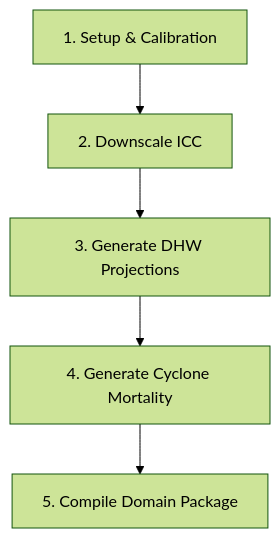
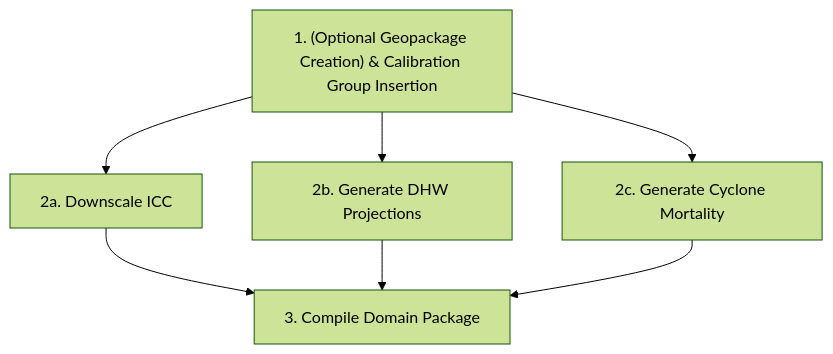
One commit to open-AIMS/rrap-dg changed the diagram in docs/domain-workflow.md. Above: the diagram before and after it, drawn with Mermaid (forest theme). The commit also changed other lines of this file and 6 other files, not shown here.

````diff
--- a/docs/domain-workflow.md
+++ b/docs/domain-workflow.md
@@ -11,7 +11,12 @@
 ```mermaid
 graph TD
-    A[1. Setup & Calibration] --> B[2. Downscale ICC]
-    B --> C[3. Generate DHW Projections]
-    C --> D[4. Generate Cyclone Mortality]
-    D --> E[5. Compile Domain Package]
+    A["1. (Optional Geopackage Creation) & Calibration Group Insertion"]
+    
+    A --> B["2a. Downscale ICC"]
+    A --> C["2b. Generate DHW Projections"]
+    A --> D["2c. Generate Cyclone Mortality"]
+    
+    B --> E["3. Compile Domain Package"]
+    C --> E
+    D --> E
 ```
````
